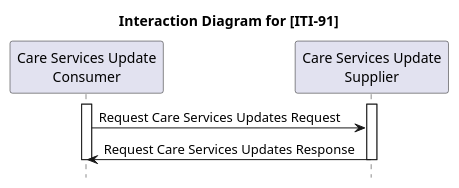
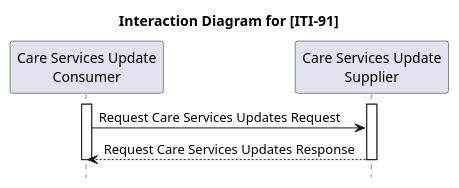
Before and after one commit to ehealthsuisse/ch-epr-fhir: the diagram in input/images-source/mCSD_ActorDiagram_ITI-91.plantuml, drawn with PlantUML. The commit also changed 6 other files, not shown here.

```diff
--- a/input/images-source/mCSD_ActorDiagram_ITI-91.plantuml
+++ b/input/images-source/mCSD_ActorDiagram_ITI-91.plantuml
@@ -1,16 +1,16 @@
 @startuml
 hide footbox
 
 title Interaction Diagram for [ITI-91]
 
 participant "Care Services Update\nConsumer" as Client
 participant "Care Services Update\nSupplier" as Server
 
 activate Client
 activate Server
 Client -> Server : Request Care Services Updates Request
-Server -> Client : Request Care Services Updates Response
+Server --> Client : Request Care Services Updates Response
 deactivate Server
 deactivate Client
 
 @enduml
```
